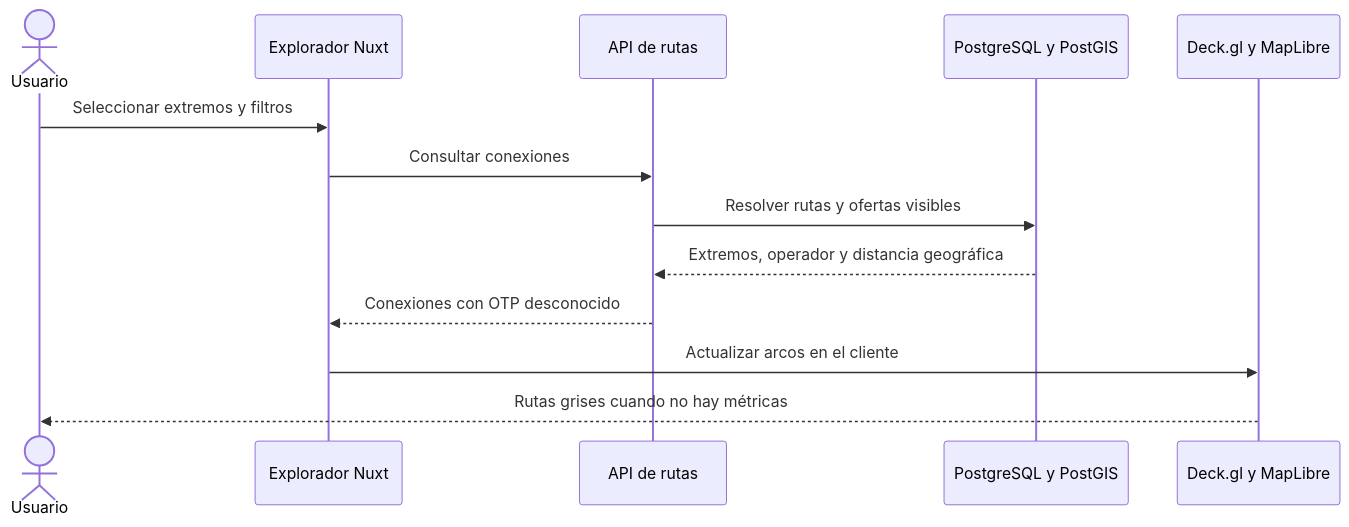
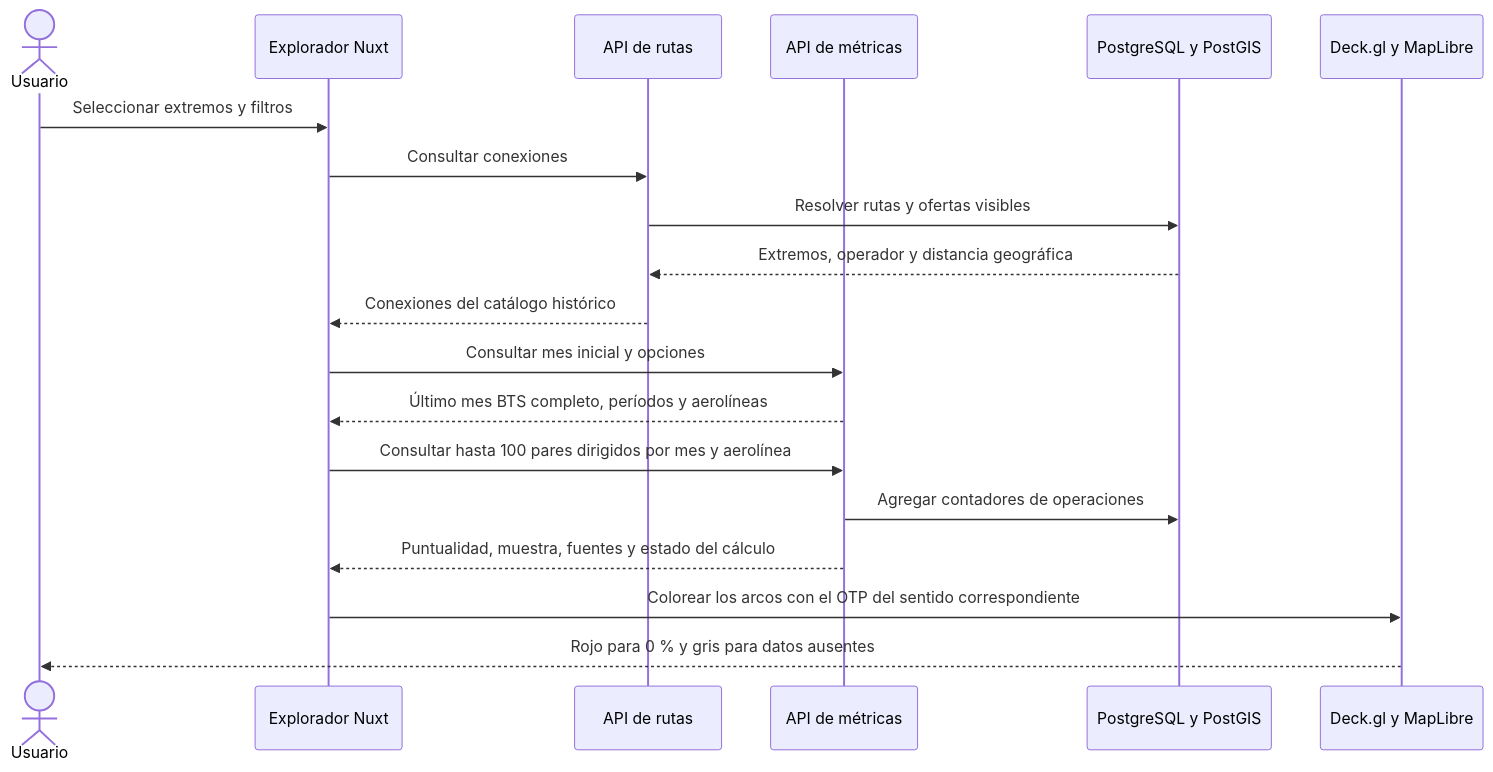
One commit to delforrr/FlyWise changed the third of 3 diagrams in docs/flights-metrics/flows.md. Above: the diagram before and after it, drawn with Mermaid. The commit also changed other lines of this file and 27 other files, not shown here.

Commit message:
feat(mapa): mostrar OTP mensual por ruta y aerolínea

````diff
--- a/docs/flights-metrics/flows.md
+++ b/docs/flights-metrics/flows.md
@@ -62,15 +62,21 @@
 ```mermaid
 sequenceDiagram
     actor Usuario
     participant UI as Explorador Nuxt
     participant API as API de rutas
+    participant OTP as API de métricas
     participant DB as PostgreSQL y PostGIS
     participant Mapa as Deck.gl y MapLibre
     Usuario->>UI: Seleccionar extremos y filtros
     UI->>API: Consultar conexiones
     API->>DB: Resolver rutas y ofertas visibles
     DB-->>API: Extremos, operador y distancia geográfica
-    API-->>UI: Conexiones con OTP desconocido
-    UI->>Mapa: Actualizar arcos en el cliente
-    Mapa-->>Usuario: Rutas grises cuando no hay métricas
+    API-->>UI: Conexiones del catálogo histórico
+    UI->>OTP: Consultar mes inicial y opciones
+    OTP-->>UI: Último mes BTS completo, períodos y aerolíneas
+    UI->>OTP: Consultar hasta 100 pares dirigidos por mes y aerolínea
+    OTP->>DB: Agregar contadores de operaciones
+    OTP-->>UI: Puntualidad, muestra, fuentes y estado del cálculo
+    UI->>Mapa: Colorear los arcos con el OTP del sentido correspondiente
+    Mapa-->>Usuario: Rojo para 0 % y gris para datos ausentes
 ```
````
